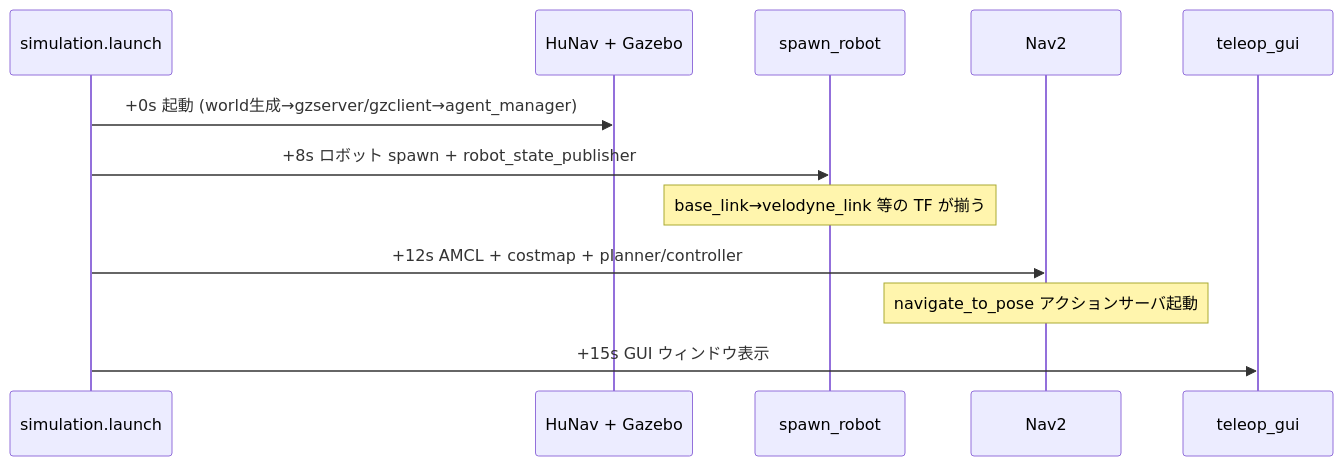
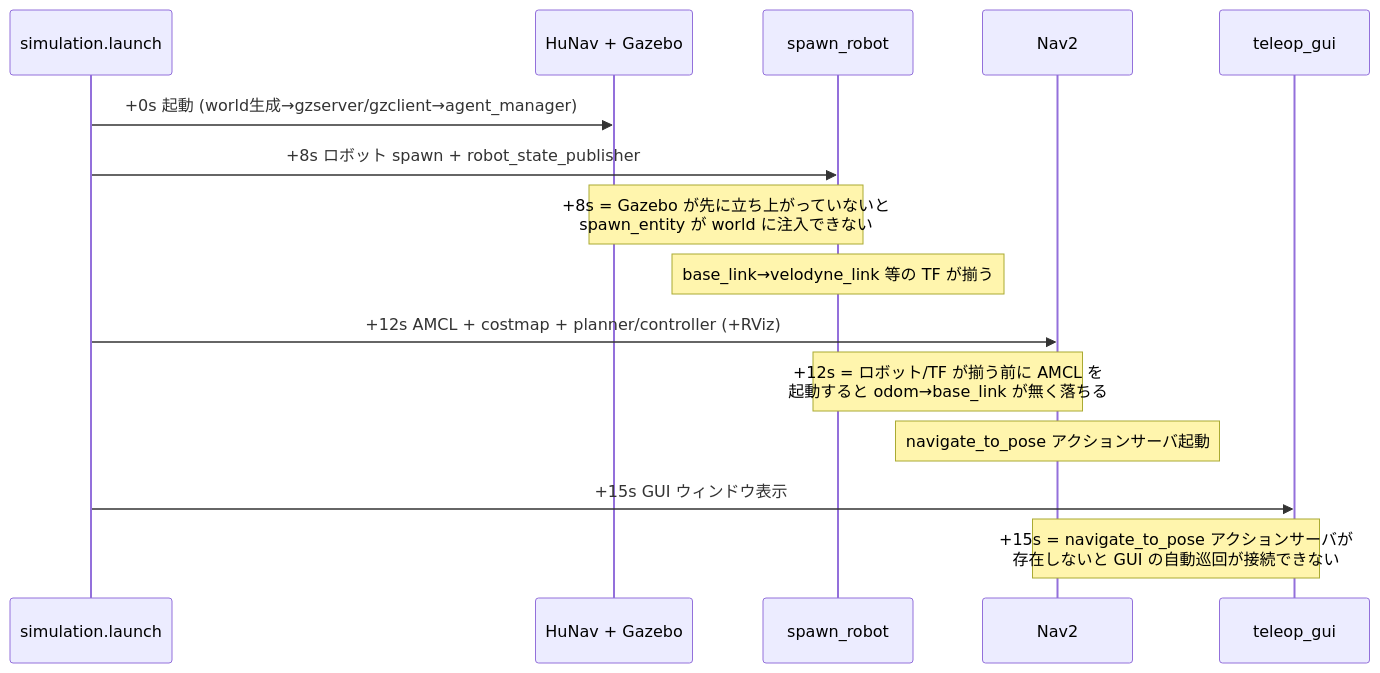
One commit to sato-susumu/susumu_object_perception changed the third of 6 diagrams in docs/software_design.md. Above: the diagram before and after it, drawn with Mermaid. The commit also changed other lines of this file and 14 other files, not shown here.

First line of the commit message:
Webots 起動 launch 群を追加 + ドキュメントを表・Mermaid化

````diff
--- a/docs/software_design.md
+++ b/docs/software_design.md
@@ -257,15 +263,18 @@
 ```mermaid
 sequenceDiagram
     participant LD as simulation.launch
     participant HN as HuNav + Gazebo
     participant RB as spawn_robot
     participant NV as Nav2
     participant GUI as teleop_gui
 
     LD->>HN: +0s 起動 (world生成→gzserver/gzclient→agent_manager)
     LD->>RB: +8s ロボット spawn + robot_state_publisher
+    Note over HN,RB: +8s = Gazebo が先に立ち上がっていないと<br/>spawn_entity が world に注入できない
     Note over RB: base_link→velodyne_link 等の TF が揃う
-    LD->>NV: +12s AMCL + costmap + planner/controller
+    LD->>NV: +12s AMCL + costmap + planner/controller (+RViz)
+    Note over RB,NV: +12s = ロボット/TF が揃う前に AMCL を<br/>起動すると odom→base_link が無く落ちる
     Note over NV: navigate_to_pose アクションサーバ起動
     LD->>GUI: +15s GUI ウィンドウ表示
+    Note over NV,GUI: +15s = navigate_to_pose アクションサーバが<br/>存在しないと GUI の自動巡回が接続できない
 ```
````
